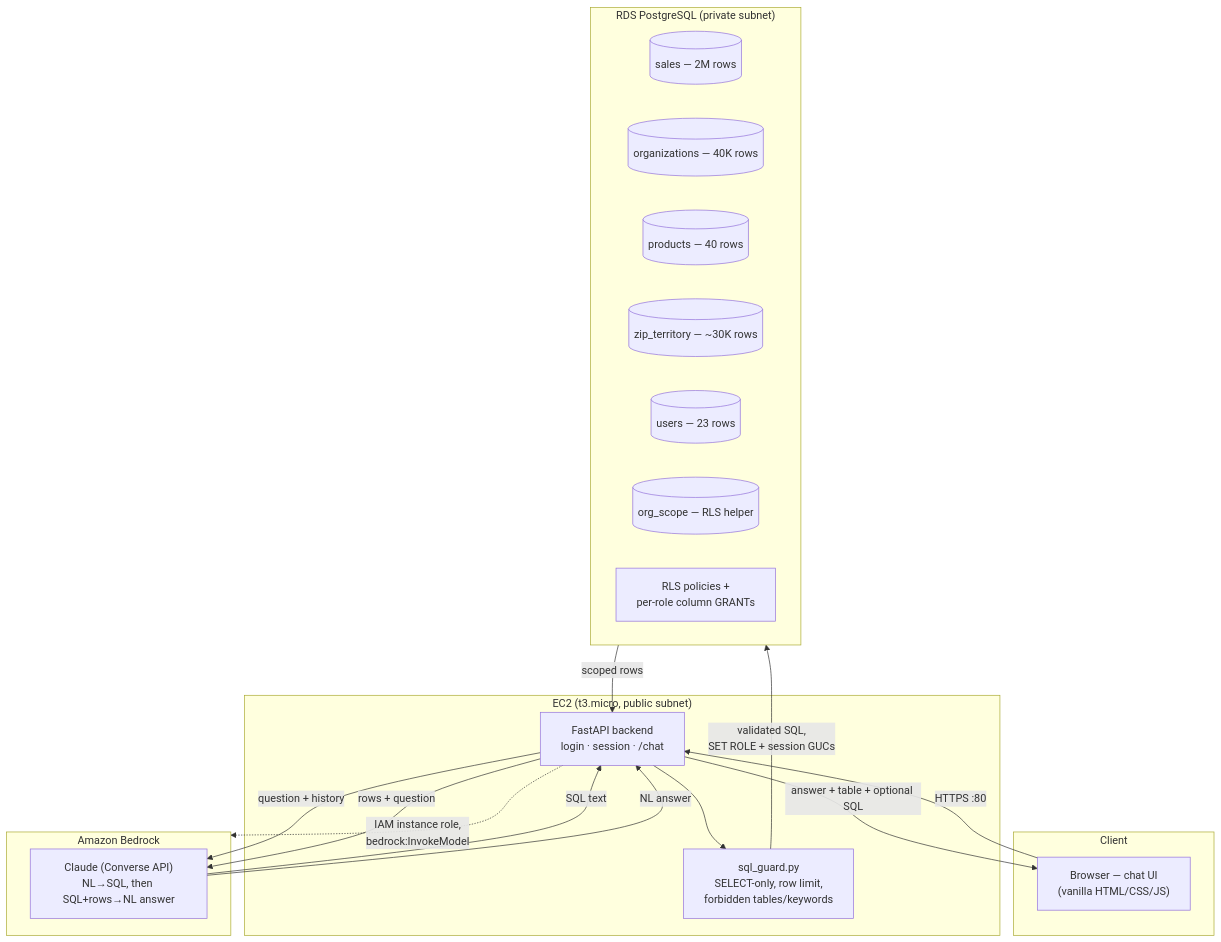
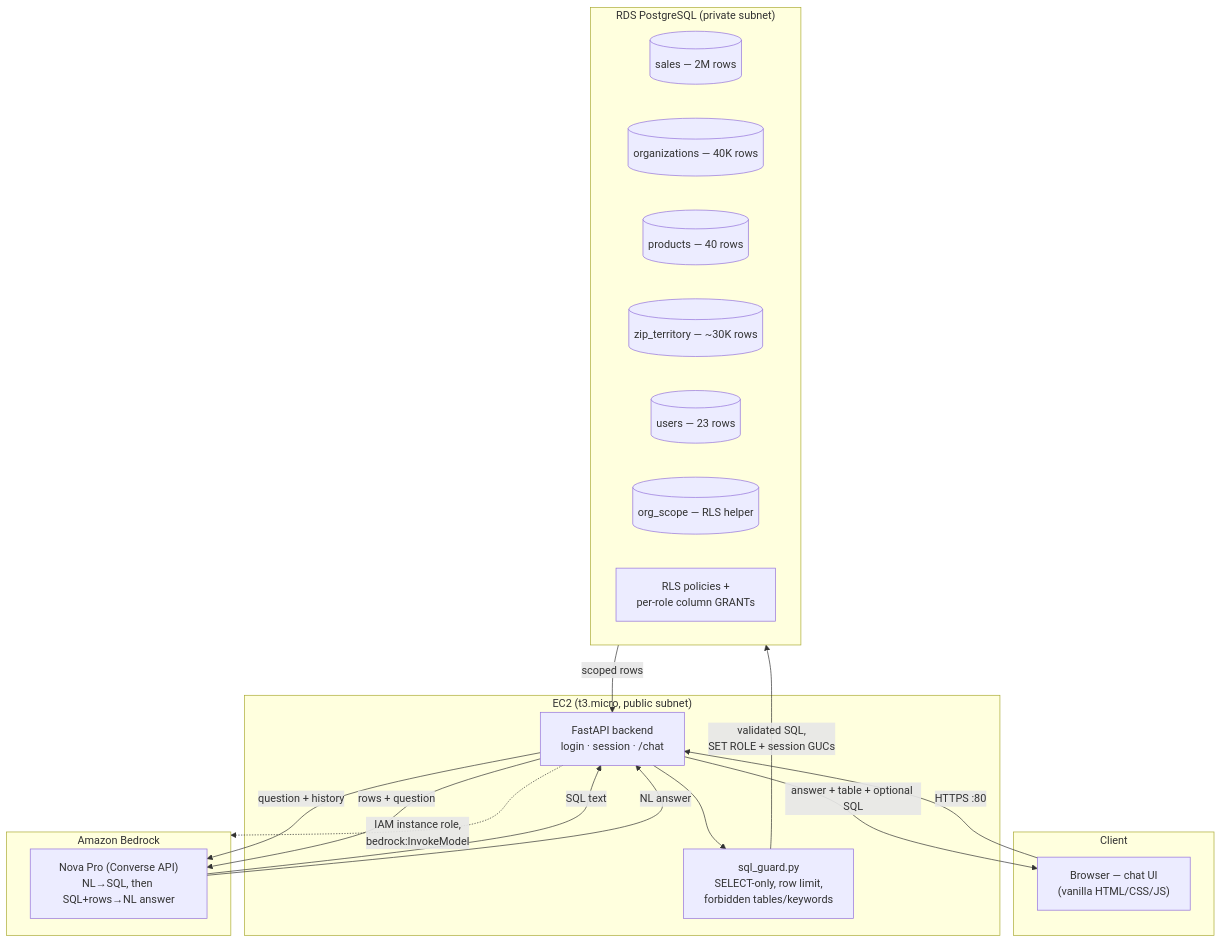
One commit to venkatalolla75/nl2sql-pharma-assistant changed the diagram in DESIGN.md. Above: the diagram before and after it, drawn with Mermaid. The commit also changed other lines of this file and 7 other files, not shown here.

````diff
--- a/DESIGN.md
+++ b/DESIGN.md
@@ -5,36 +5,36 @@
 ```mermaid
 flowchart TB
     subgraph Client
         Browser["Browser — chat UI<br/>(vanilla HTML/CSS/JS)"]
     end
 
     subgraph EC2["EC2 (t3.micro, public subnet)"]
         FastAPI["FastAPI backend<br/>login · session · /chat"]
         SQLGuard["sql_guard.py<br/>SELECT-only, row limit,<br/>forbidden tables/keywords"]
     end
 
     subgraph Bedrock["Amazon Bedrock"]
-        Claude["Claude (Converse API)<br/>NL→SQL, then SQL+rows→NL answer"]
+        Claude["Nova Pro (Converse API)<br/>NL→SQL, then SQL+rows→NL answer"]
     end
 
     subgraph RDS["RDS PostgreSQL (private subnet)"]
         Sales[("sales — 2M rows")]
         Orgs[("organizations — 40K rows")]
         Products[("products — 40 rows")]
         Zip[("zip_territory — ~30K rows")]
         Users[("users — 23 rows")]
         OrgScope[("org_scope — RLS helper")]
         RLS["RLS policies +<br/>per-role column GRANTs"]
     end
 
     Browser -- "HTTPS :80" --> FastAPI
     FastAPI -- "question + history" --> Claude
     Claude -- "SQL text" --> FastAPI
     FastAPI --> SQLGuard
     SQLGuard -- "validated SQL,\nSET ROLE + session GUCs" --> RDS
     RDS -- "scoped rows" --> FastAPI
     FastAPI -- "rows + question" --> Claude
     Claude -- "NL answer" --> FastAPI
     FastAPI -- "answer + table + optional SQL" --> Browser
     FastAPI -. "IAM instance role,\nbedrock:InvokeModel" .-> Bedrock
 ```
````
